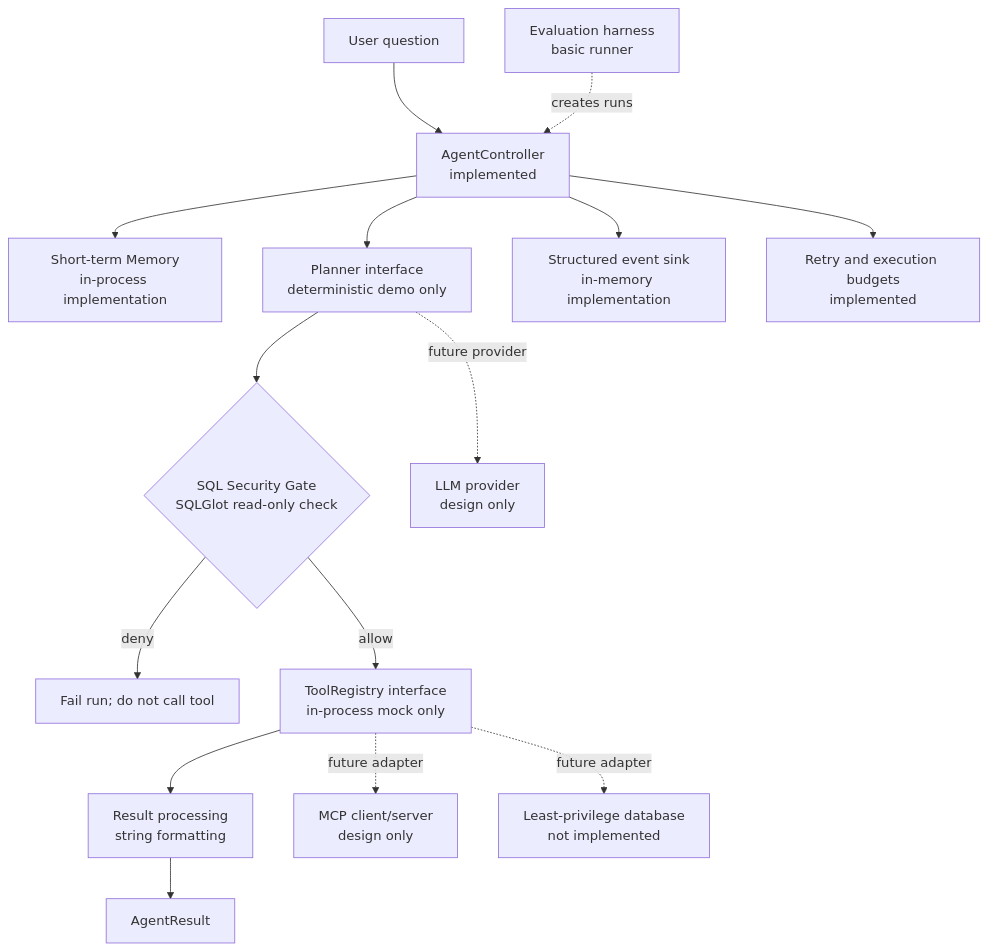
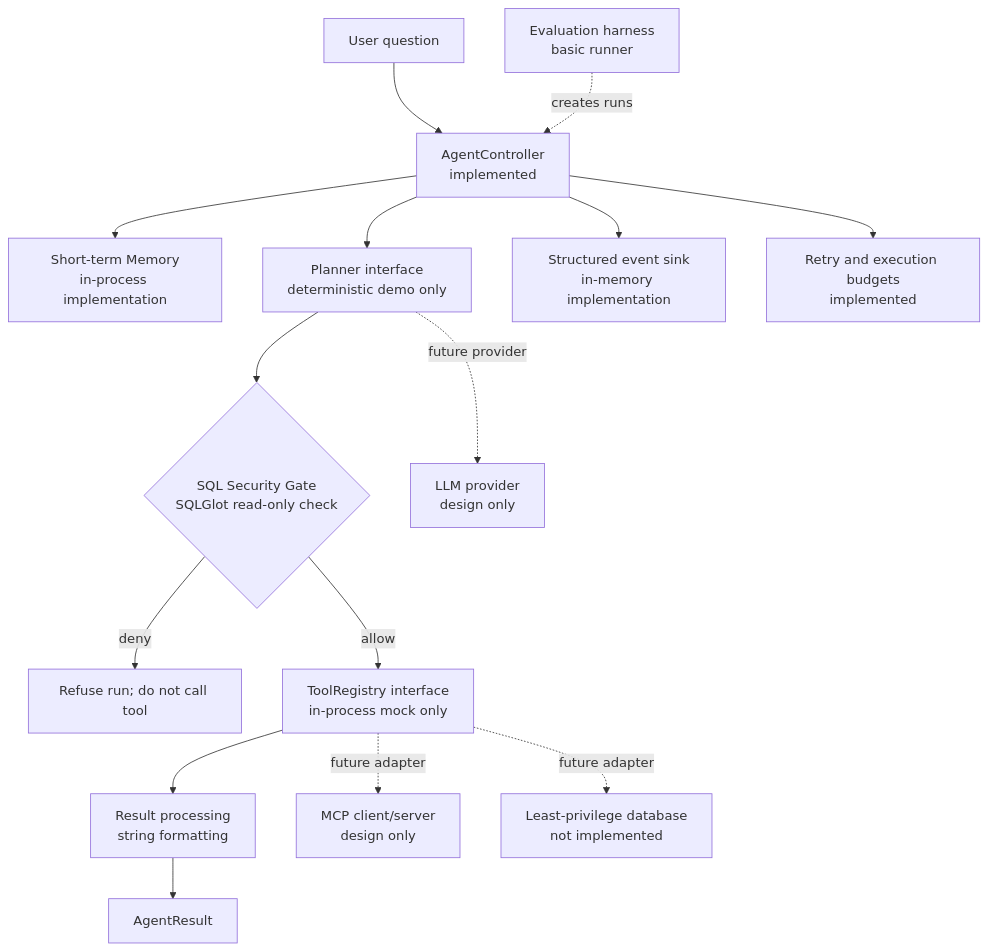
Before and after one commit to hoctran19-cyber/d2-sqlguard-agent: the diagram in docs/architecture/README.md, drawn with Mermaid. The commit also changed other lines of this file and 7 other files, not shown here.

Commit message:
Enhance agent controller with refined error handling and state management; update documentation for clarity on execution flow and security checks

````diff
--- a/docs/architecture/README.md
+++ b/docs/architecture/README.md
@@ -5,17 +5,17 @@
 ```mermaid
 flowchart TD
     U[User question] --> C[AgentController<br/>implemented]
     C --> M[Short-term Memory<br/>in-process implementation]
     C --> P[Planner interface<br/>deterministic demo only]
     P --> S{SQL Security Gate<br/>SQLGlot read-only check}
-    S -- deny --> F[Fail run; do not call tool]
+    S -- deny --> F[Refuse run; do not call tool]
     S -- allow --> T[ToolRegistry interface<br/>in-process mock only]
     T --> R[Result processing<br/>string formatting]
     R --> A[AgentResult]
     C --> E[Structured event sink<br/>in-memory implementation]
     C --> B[Retry and execution budgets<br/>implemented]
     T -. future adapter .-> MCP[MCP client/server<br/>design only]
     P -. future provider .-> LLM[LLM provider<br/>design only]
     T -. future adapter .-> DB[Least-privilege database<br/>not implemented]
     H[Evaluation harness<br/>basic runner] -. creates runs .-> C
 ```
````
